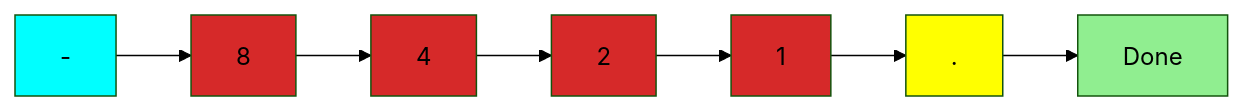
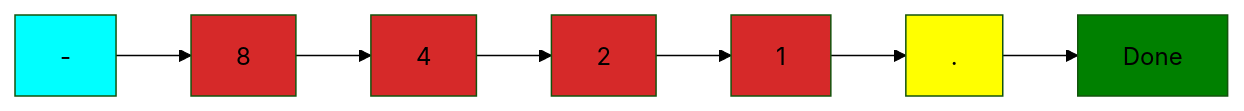
One commit to Lucas-Ferro/arithmetic_nested_calculations changed the first of 4 diagrams in README.md. Above: the diagram before and after it, drawn with Mermaid (forest theme). The commit also changed other lines of this file, not shown here.

````diff
--- a/README.md
+++ b/README.md
@@ -29,17 +29,17 @@
 	``` mermaid
 	flowchart LR 
 	- --> 8  
 	8 --> 4  
 	4 --> 2
 	2 --> 1
 	1 --> .
 	. --> Done
 	
 	style - fill:cyan;
 	style 8 fill:#d62929;
 	style 4 fill:#d62929;
 	style 2 fill:#d62929;
 	style 1 fill:#d62929;
 	style . fill:yellow;
-	style Done fill:lightgreen;
+	style Done fill:green;
 	```
````
